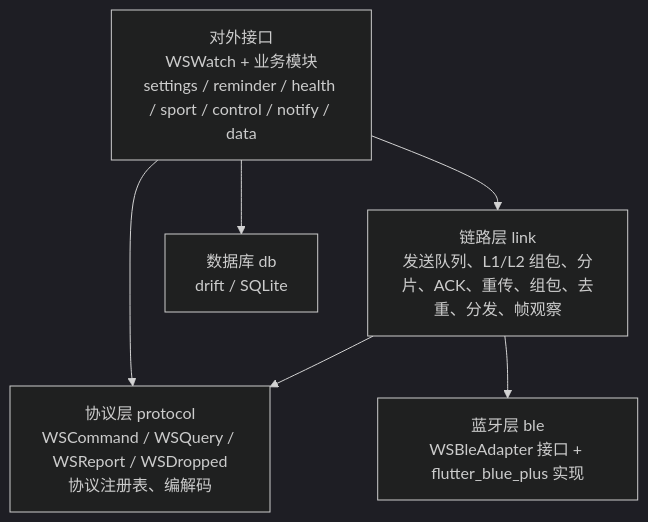
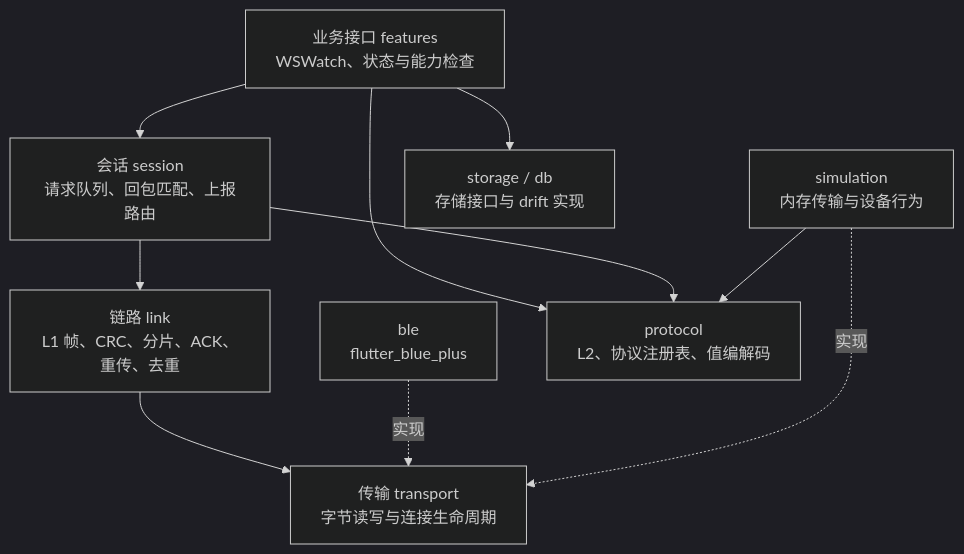
The first of 3 diagrams in docs/ws-watch-sdk-design.md (realmcu/HoneyBox), drawn with Mermaid (dark theme) before and after one commit. The commit also changed other lines of this file and 41 other files, not shown here.

````diff
--- a/docs/ws-watch-sdk-design.md
+++ b/docs/ws-watch-sdk-design.md
@@ -78,13 +81,20 @@
 ```mermaid
 flowchart TD
-    A["对外接口<br/>WSWatch + 业务模块<br/>settings / reminder / health / sport / control / notify / data"]
-    B["协议层 protocol<br/>WSCommand / WSQuery / WSReport / WSDropped<br/>协议注册表、编解码"]
-    C["链路层 link<br/>发送队列、L1/L2 组包、分片、ACK、重传、组包、去重、分发、帧观察"]
-    D["蓝牙层 ble<br/>WSBleAdapter 接口 + flutter_blue_plus 实现"]
-    E["数据库 db<br/>drift / SQLite"]
-    A --> B
-    A --> C
-    A --> E
-    C --> B
-    C --> D
+    A["业务接口 features<br/>WSWatch、状态与能力检查"]
+    S["会话 session<br/>请求队列、回包匹配、上报路由"]
+    L["链路 link<br/>L1 帧、CRC、分片、ACK、重传、去重"]
+    T["传输 transport<br/>字节读写与连接生命周期"]
+    B["ble<br/>flutter_blue_plus"]
+    M["simulation<br/>内存传输与设备行为"]
+    P["protocol<br/>L2、协议注册表、值编解码"]
+    D["storage / db<br/>存储接口与 drift 实现"]
+    A --> S
+    A --> P
+    A --> D
+    S --> P
+    S --> L
+    L --> T
+    B -.实现.-> T
+    M -.实现.-> T
+    M --> P
 ```
````
